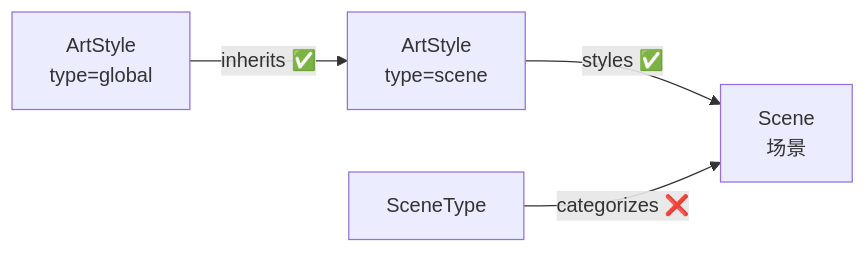
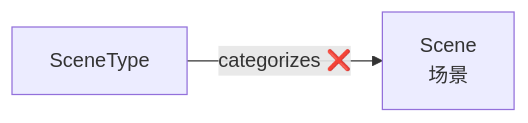
Before and after one commit to CrazyJinn/OtheredGlass: the diagram in 00_init/Schema/场景美术.md, drawn with Mermaid. The commit also changed other lines of this file and 4 other files, not shown here.

First line of the commit message:
移除 ArtStyle 图节点，美术风格改为从文件读取

````diff
--- a/00_init/Schema/场景美术.md
+++ b/00_init/Schema/场景美术.md
@@ -73,11 +48,7 @@
 ```mermaid
 flowchart LR
-    ArtGlobal["ArtStyle<br/>type=global"]
-    ArtScene["ArtStyle<br/>type=scene"]
     SceneType["SceneType"]
     Scene["Scene<br/>场景"]
 
-    ArtGlobal -->|"inherits ✅"| ArtScene
-    ArtScene -->|"styles ✅"| Scene
     SceneType -->|"categorizes ❌"| Scene
 ```
````
